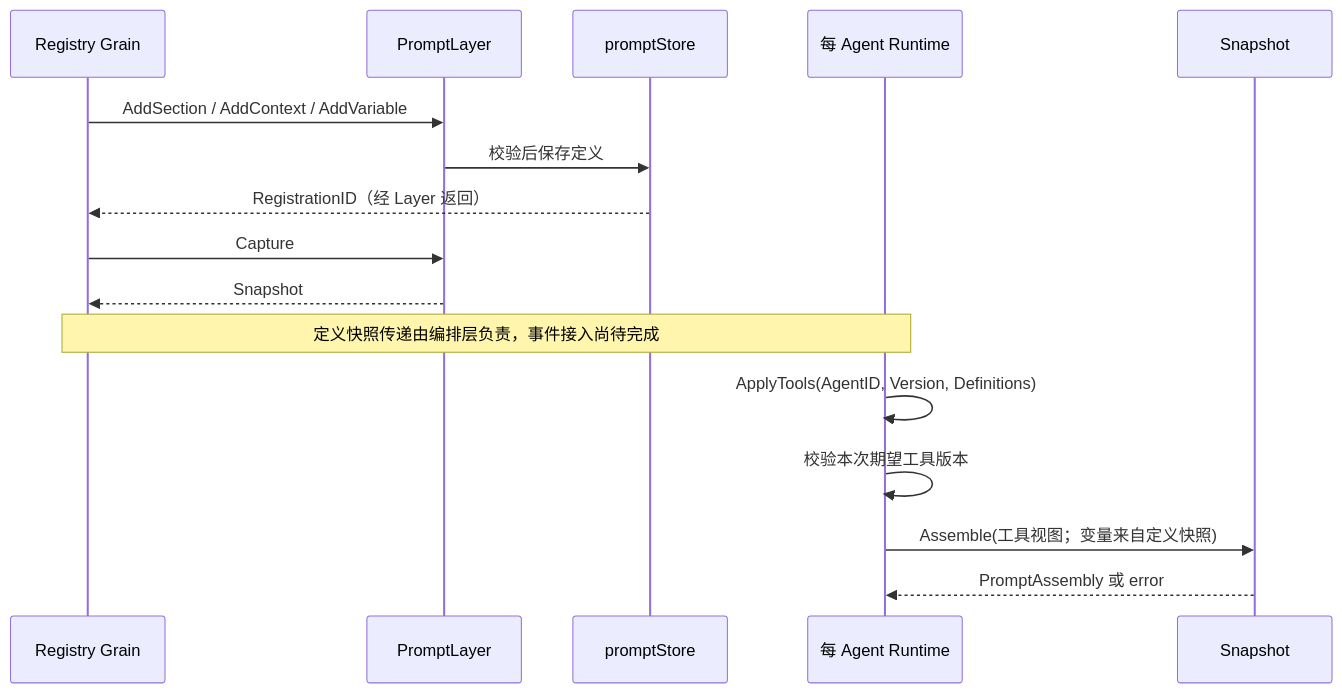
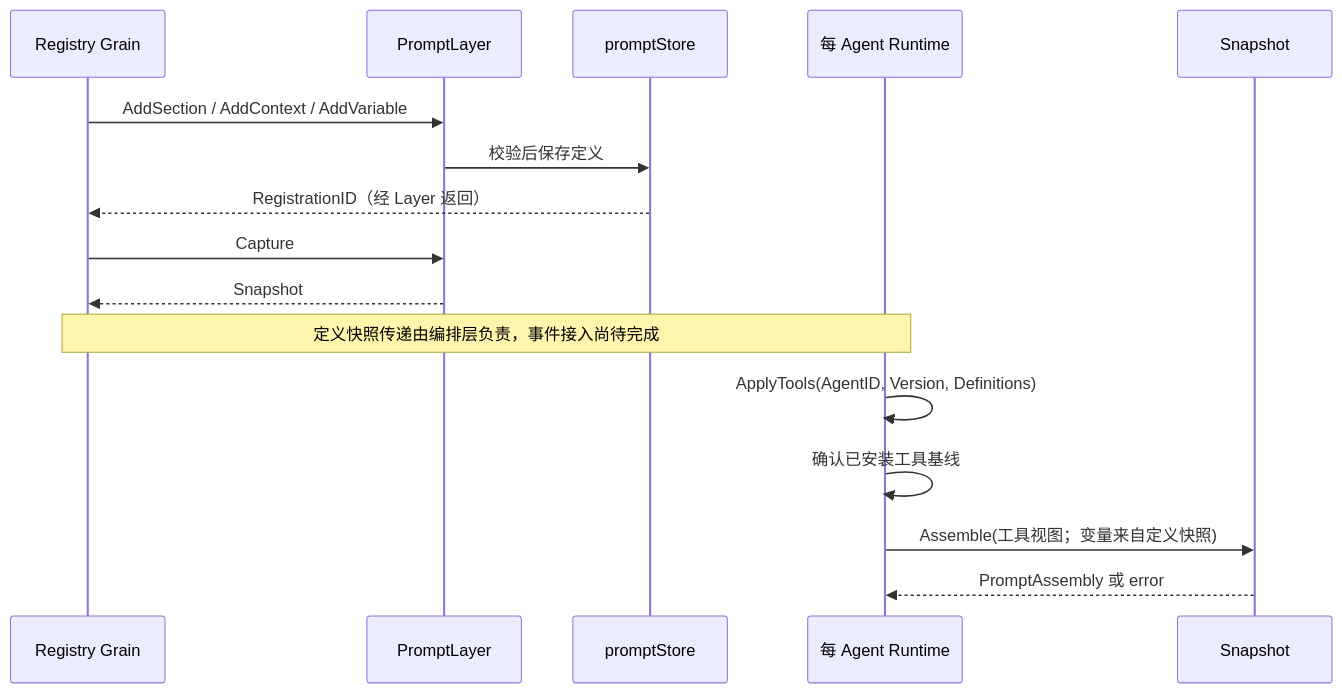
One commit to gorenx/goren changed the second of 2 diagrams in systemprompt/README.zh-CN.md. Above: the diagram before and after it, drawn with Mermaid. The commit also changed other lines of this file and 13 other files, not shown here.

````diff
--- a/systemprompt/README.zh-CN.md
+++ b/systemprompt/README.zh-CN.md
@@ -58,18 +58,18 @@
 ```mermaid
 sequenceDiagram
     participant Owner as Registry Grain
     participant Layer as PromptLayer
     participant Store as promptStore
     participant Runtime as 每 Agent Runtime
     participant Snapshot as Snapshot
     Owner->>Layer: AddSection / AddContext / AddVariable
     Layer->>Store: 校验后保存定义
     Store-->>Owner: RegistrationID（经 Layer 返回）
     Owner->>Layer: Capture
     Layer-->>Owner: Snapshot
     Note over Owner,Runtime: 定义快照传递由编排层负责，事件接入尚待完成
     Runtime->>Runtime: ApplyTools(AgentID, Version, Definitions)
-    Runtime->>Runtime: 校验本次期望工具版本
+    Runtime->>Runtime: 确认已安装工具基线
     Runtime->>Snapshot: Assemble(工具视图；变量来自定义快照)
     Snapshot-->>Runtime: PromptAssembly 或 error
 ```
````
